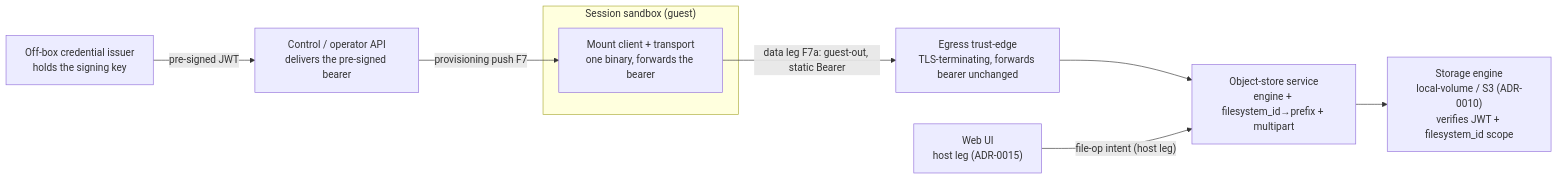
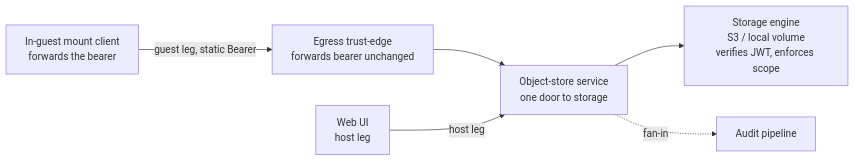
Before and after one commit to Wide-Moat/open-computer-use: the diagram in docs/architecture/components/04-object-store-service.md, drawn with Mermaid. The commit also changed other lines of this file and 6 other files, not shown here.

First line of the commit message:
docs(architecture): polish every component spec to constitution-grade clarity (wave 2)

````diff
--- a/docs/architecture/components/04-object-store-service.md
+++ b/docs/architecture/components/04-object-store-service.md
@@ -29,18 +30,14 @@
 ```mermaid
 flowchart LR
-    subgraph guest["Session sandbox (guest)"]
-        MC["Mount client + transport<br/>one binary, forwards the bearer"]
-    end
-    ISS["Off-box credential issuer<br/>holds the signing key"]
-    CP["Control / operator API<br/>delivers the pre-signed bearer"]
-    WEBUI["Web UI<br/>host leg (ADR-0015)"]
-    EGRESS["Egress trust-edge<br/>TLS-terminating, forwards bearer unchanged"]
-    OSS["Object-store service<br/>engine + filesystem_id→prefix + multipart"]
-    ENG["Storage engine<br/>local-volume / S3 (ADR-0010)<br/>verifies JWT + filesystem_id scope"]
-    ISS -->|"pre-signed JWT"| CP
-    CP -->|"provisioning push F7"| MC
-    MC -->|"data leg F7a: guest-out, static Bearer"| EGRESS
+    MC["In-guest mount client<br/>forwards the bearer"]
+    WEBUI["Web UI<br/>host leg"]
+    EGRESS["Egress trust-edge<br/>forwards bearer unchanged"]
+    OSS["Object-store service<br/>one door to storage"]
+    ENG["Storage engine<br/>S3 / local volume<br/>verifies JWT, enforces scope"]
+    AUDIT["Audit pipeline"]
+    MC -->|"guest leg, static Bearer"| EGRESS
     EGRESS --> OSS
-    WEBUI -->|"file-op intent (host leg)"| OSS
+    WEBUI -->|"host leg"| OSS
     OSS --> ENG
+    OSS -.->|"fan-in"| AUDIT
 ```
````
